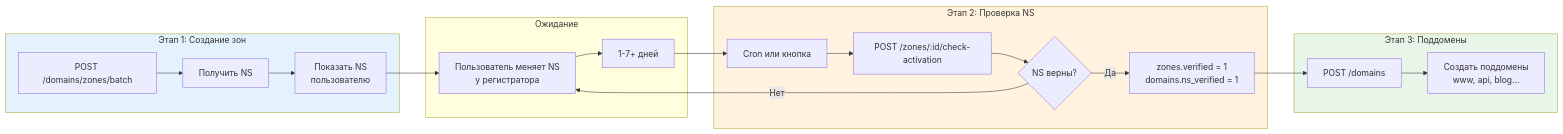
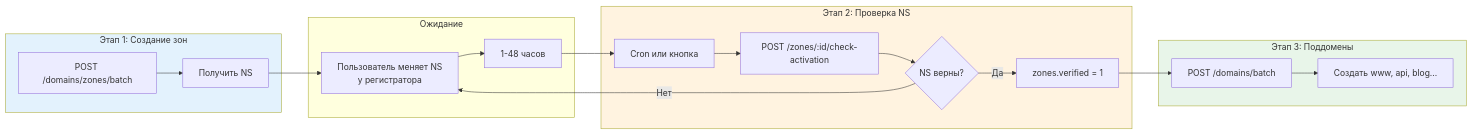
The diagram in wiki/API_Domains.md (admin310st/301), drawn with Mermaid before and after one commit. The commit also changed other lines of this file and 2 other files, not shown here.

````diff
--- a/wiki/API_Domains.md
+++ b/wiki/API_Domains.md
@@ -719,29 +603,28 @@
 ```mermaid
 flowchart LR
     subgraph Stage1["Этап 1: Создание зон"]
         A1[POST /domains/zones/batch] --> A2[Получить NS]
-        A2 --> A3[Показать NS<br>пользователю]
     end
 
     subgraph Wait["Ожидание"]
-        A3 --> W1[Пользователь меняет NS<br>у регистратора]
-        W1 --> W2[1-7+ дней]
+        A2 --> W1[Пользователь меняет NS<br>у регистратора]
+        W1 --> W2[1-48 часов]
     end
 
     subgraph Stage2["Этап 2: Проверка NS"]
         W2 --> B1[Cron или кнопка]
         B1 --> B2[POST /zones/:id/check-activation]
         B2 --> B3{NS верны?}
         B3 -->|Нет| W1
-        B3 -->|Да| B4[zones.verified = 1<br>domains.ns_verified = 1]
+        B3 -->|Да| B4[zones.verified = 1]
     end
 
     subgraph Stage3["Этап 3: Поддомены"]
-        B4 --> C1[POST /domains]
-        C1 --> C2[Создать поддомены<br>www, api, blog...]
+        B4 --> C1[POST /domains/batch]
+        C1 --> C2[Создать www, api, blog...]
     end
 
     style Stage1 fill:#e3f2fd
     style Stage2 fill:#fff3e0
     style Stage3 fill:#e8f5e9
 ```
````
